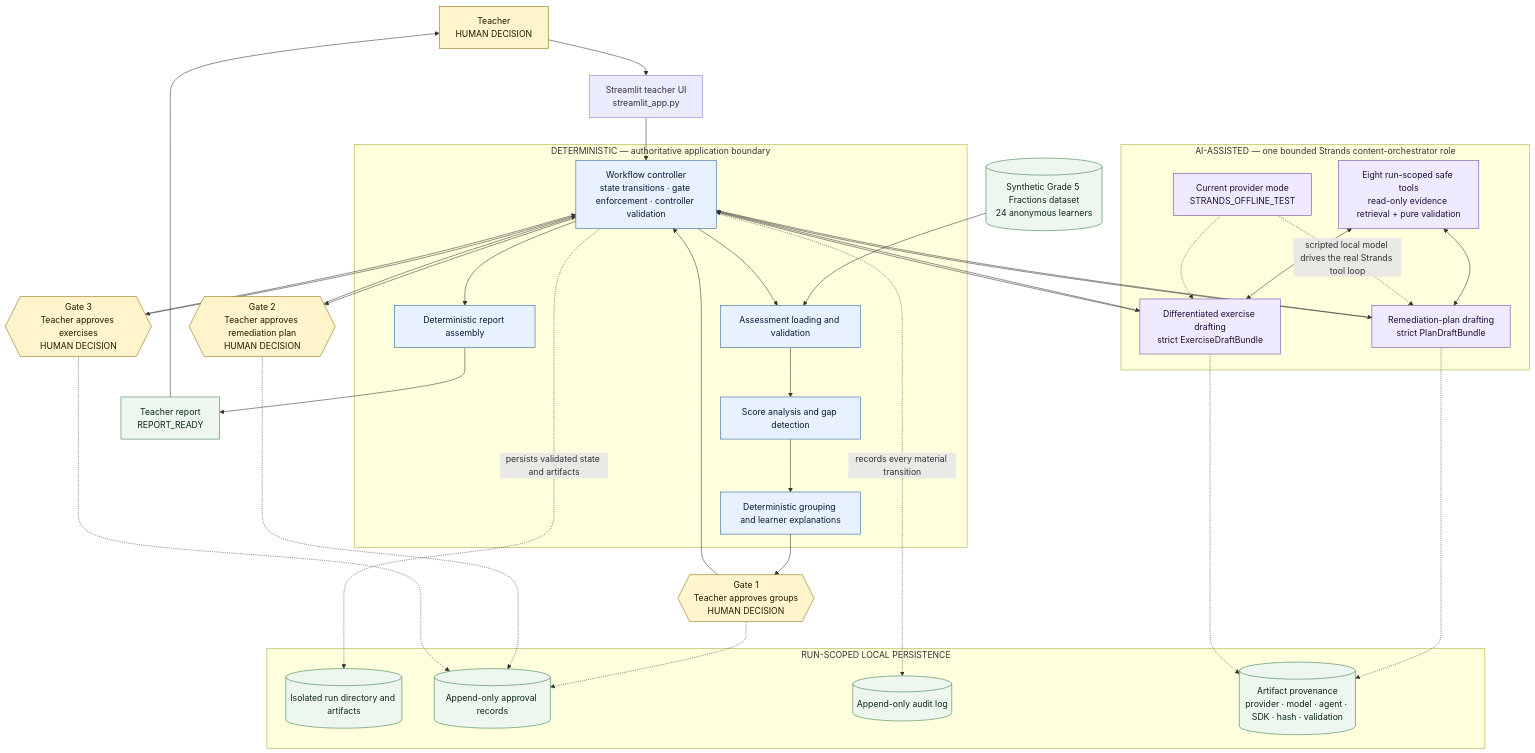
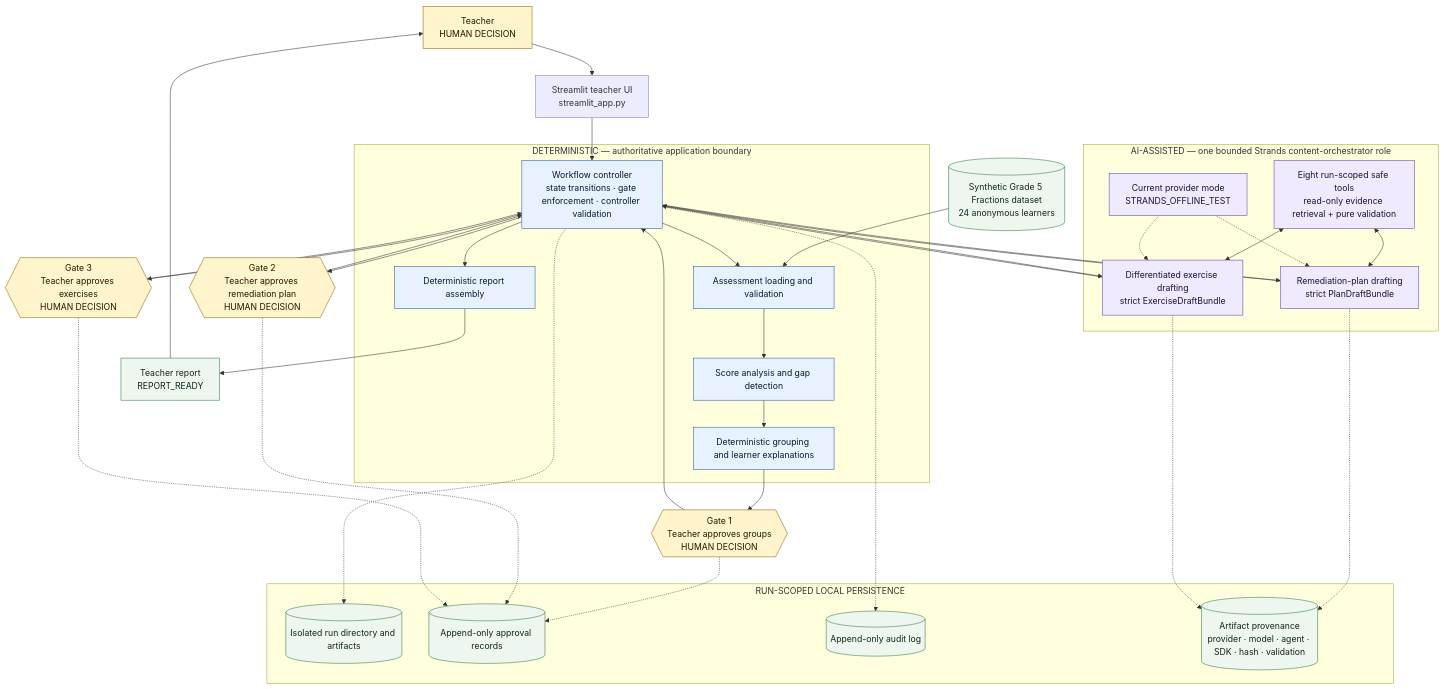
One commit to lafryhi/gapbridge changed the diagram in docs/architecture.md. Above: the diagram before and after it, drawn with Mermaid.

Commit message:
Fix GitHub Mermaid diagram rendering

````diff
--- a/docs/architecture.md
+++ b/docs/architecture.md
@@ -7,71 +7,71 @@
 ```mermaid
 flowchart TB
     TEACHER["Teacher<br/>HUMAN DECISION"]
     UI["Streamlit teacher UI<br/>streamlit_app.py"]
     DATA[("Synthetic Grade 5 Fractions dataset<br/>24 anonymous learners")]
 
     subgraph DET["DETERMINISTIC — authoritative application boundary"]
         CTRL["Workflow controller<br/>state transitions · gate enforcement · controller validation"]
         ASSESS["Assessment loading and validation"]
         GAPS["Score analysis and gap detection"]
         GROUPS["Deterministic grouping and learner explanations"]
         REPORT["Deterministic report assembly"]
     end
 
     GATE1{{"Gate 1<br/>Teacher approves groups<br/>HUMAN DECISION"}}
 
     subgraph AI["AI-ASSISTED — one bounded Strands content-orchestrator role"]
         TOOLS["Eight run-scoped safe tools<br/>read-only evidence retrieval + pure validation"]
         PLAN["Remediation-plan drafting<br/>strict PlanDraftBundle"]
         EXERCISES["Differentiated exercise drafting<br/>strict ExerciseDraftBundle"]
         MODE["Current provider mode<br/>STRANDS_OFFLINE_TEST"]
     end
 
     GATE2{{"Gate 2<br/>Teacher approves remediation plan<br/>HUMAN DECISION"}}
     GATE3{{"Gate 3<br/>Teacher approves exercises<br/>HUMAN DECISION"}}
     READY["Teacher report<br/>REPORT_READY"]
 
     subgraph STORE["RUN-SCOPED LOCAL PERSISTENCE"]
         RUNS[("Isolated run directory and artifacts")]
         APPROVALS[("Append-only approval records")]
         AUDIT[("Append-only audit log")]
         PROVENANCE[("Artifact provenance<br/>provider · model · agent · SDK · hash · validation")]
     end
 
     TEACHER --> UI
     UI --> CTRL
     DATA --> ASSESS
     CTRL --> ASSESS --> GAPS --> GROUPS --> GATE1
     GATE1 --> CTRL
     CTRL --> PLAN
     TOOLS <--> PLAN
-    MODE -. "scripted local model drives the real Strands tool loop" .-> PLAN
+    MODE -.-> PLAN
     PLAN --> CTRL
     CTRL --> GATE2
     GATE2 --> CTRL
     CTRL --> EXERCISES
     TOOLS <--> EXERCISES
     MODE -.-> EXERCISES
     EXERCISES --> CTRL
     CTRL --> GATE3
     GATE3 --> CTRL
     CTRL --> REPORT --> READY
     READY --> TEACHER
 
-    CTRL -. "persists validated state and artifacts" .-> RUNS
+    CTRL -.-> RUNS
     GATE1 -.-> APPROVALS
     GATE2 -.-> APPROVALS
     GATE3 -.-> APPROVALS
-    CTRL -. "records every material transition" .-> AUDIT
+    CTRL -.-> AUDIT
     PLAN -.-> PROVENANCE
     EXERCISES -.-> PROVENANCE
 
     classDef human fill:#fff4cc,stroke:#8a6700,color:#241a00;
     classDef deterministic fill:#e8f1ff,stroke:#245c9f,color:#071b33;
     classDef assisted fill:#f0eaff,stroke:#6541a5,color:#1d1038;
     classDef data fill:#edf7ef,stroke:#327a43,color:#0d2914;
     class TEACHER,GATE1,GATE2,GATE3 human;
     class CTRL,ASSESS,GAPS,GROUPS,REPORT deterministic;
     class TOOLS,PLAN,EXERCISES,MODE assisted;
     class DATA,RUNS,APPROVALS,AUDIT,PROVENANCE,READY data;
 ```
````
